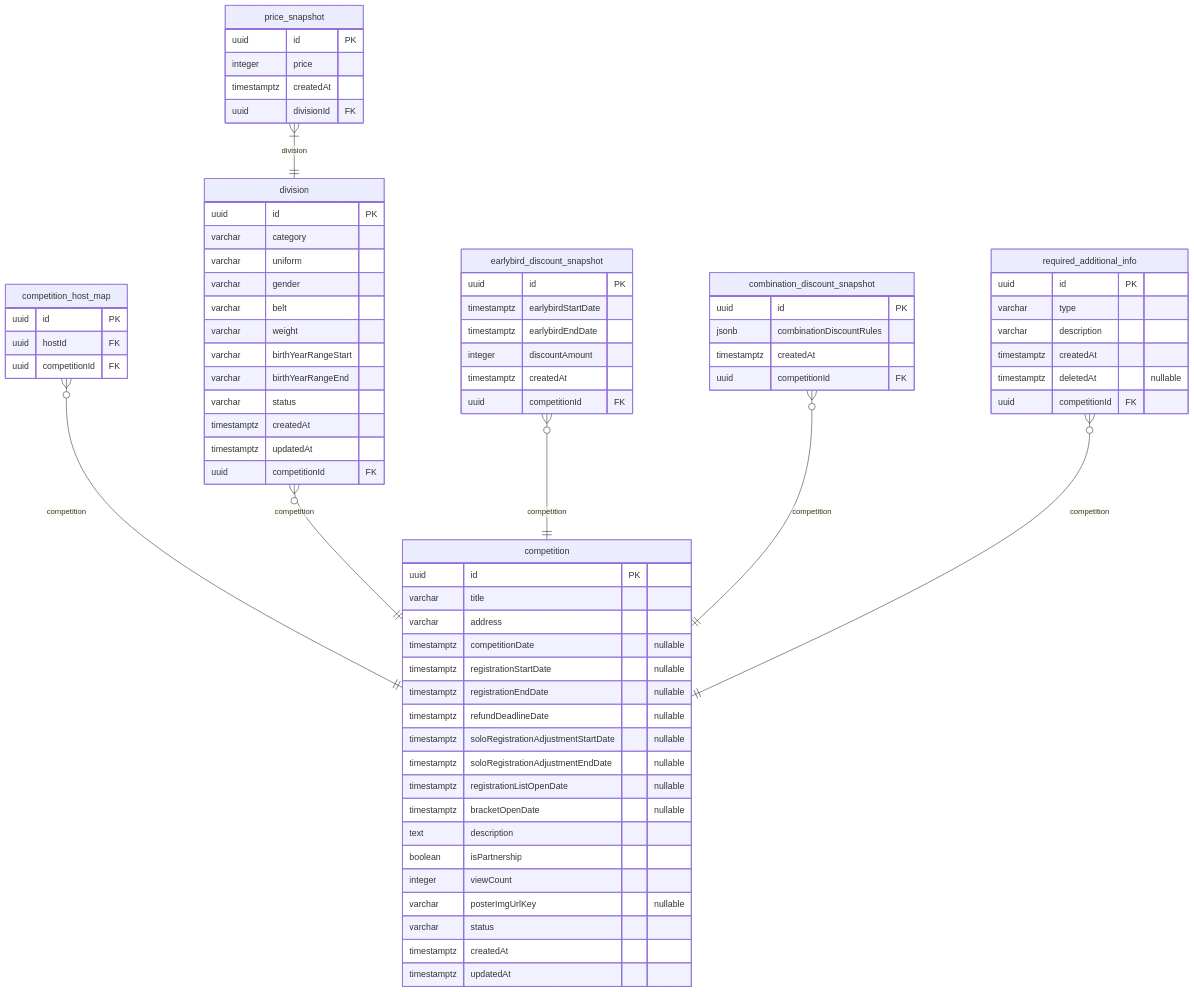
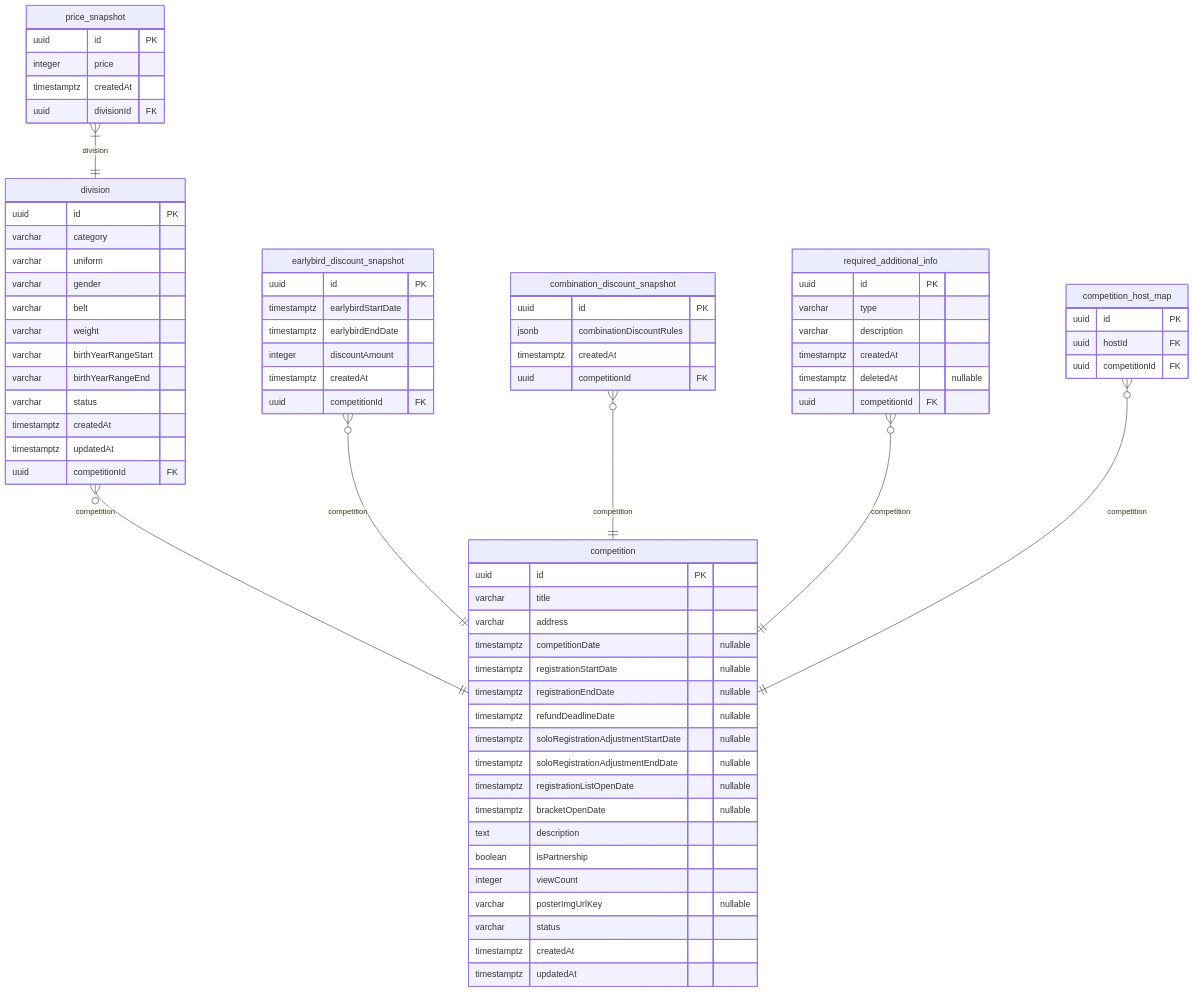
The third of 4 diagrams in docs/najiha-v2-erd.md (NAJUHA-JIUJITSU/najuha-v2-be), drawn with Mermaid before and after one commit. The commit also changed other lines of this file and 11 other files, not shown here.

````diff
--- a/docs/najiha-v2-erd.md
+++ b/docs/najiha-v2-erd.md
@@ -326,76 +326,76 @@
 ```mermaid
 erDiagram
-  competition_host_map {
-    uuid id PK
-    uuid hostId FK
-    uuid competitionId FK
-  }
   price_snapshot {
     uuid id PK
     integer price
     timestamptz createdAt
     uuid divisionId FK
   }
   division {
     uuid id PK
     varchar category
     varchar uniform
     varchar gender
     varchar belt
     varchar weight
     varchar birthYearRangeStart
     varchar birthYearRangeEnd
     varchar status
     timestamptz createdAt
     timestamptz updatedAt
     uuid competitionId FK
   }
   earlybird_discount_snapshot {
     uuid id PK
     timestamptz earlybirdStartDate
     timestamptz earlybirdEndDate
     integer discountAmount
     timestamptz createdAt
     uuid competitionId FK
   }
   combination_discount_snapshot {
     uuid id PK
     jsonb combinationDiscountRules
     timestamptz createdAt
     uuid competitionId FK
   }
+  required_additional_info {
+    uuid id PK
+    varchar type
+    varchar description
+    timestamptz createdAt
+    timestamptz deletedAt "nullable"
+    uuid competitionId FK
+  }
+  competition_host_map {
+    uuid id PK
+    uuid hostId FK
+    uuid competitionId FK
+  }
   competition {
     uuid id PK
     varchar title
     varchar address
     timestamptz competitionDate "nullable"
     timestamptz registrationStartDate "nullable"
     timestamptz registrationEndDate "nullable"
     timestamptz refundDeadlineDate "nullable"
     timestamptz soloRegistrationAdjustmentStartDate "nullable"
     timestamptz soloRegistrationAdjustmentEndDate "nullable"
     timestamptz registrationListOpenDate "nullable"
     timestamptz bracketOpenDate "nullable"
     text description
     boolean isPartnership
     integer viewCount
     varchar posterImgUrlKey "nullable"
     varchar status
     timestamptz createdAt
     timestamptz updatedAt
   }
-  required_additional_info {
-    uuid id PK
-    varchar type
-    varchar description
-    timestamptz createdAt
-    timestamptz deletedAt "nullable"
-    uuid competitionId FK
-  }
-  competition_host_map }o--|| competition: competition
   price_snapshot }|--|| division: division
   division }o--|| competition: competition
   earlybird_discount_snapshot }o--|| competition: competition
   combination_discount_snapshot }o--|| competition: competition
   required_additional_info }o--|| competition: competition
+  competition_host_map }o--|| competition: competition
 ```
````
